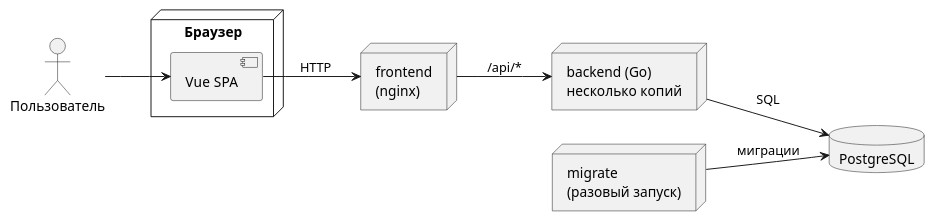
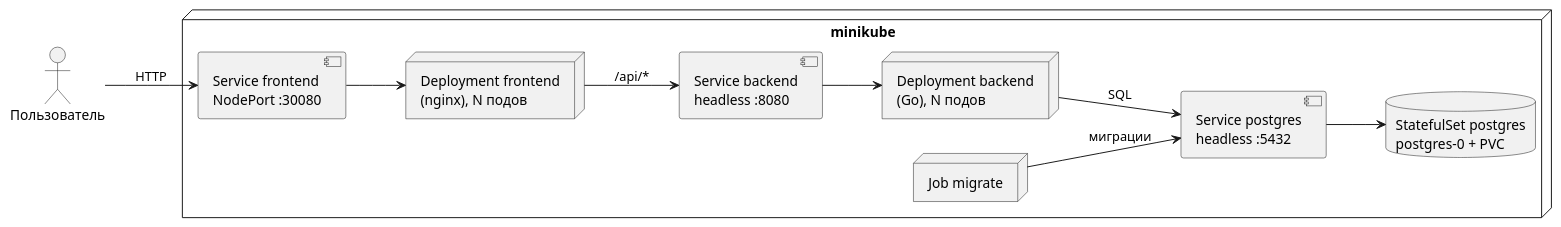
One commit to Victor3563/worddeck changed the diagram in Отчёт.md. Above: the diagram before and after it, drawn with PlantUML. The commit also changed other lines of this file and 11 other files, not shown here.

````diff
--- a/Отчёт.md
+++ b/Отчёт.md
@@ -38,20 +78,24 @@
 ```plantuml
 @startuml
 left to right direction
 
 actor "Пользователь" as user
-node "Браузер" {
-  component "Vue SPA" as spa
+node "minikube" {
+  component "Service frontend\nNodePort :30080" as svcf
+  node "Deployment frontend\n(nginx), N подов" as front
+  component "Service backend\nheadless :8080" as svcb
+  node "Deployment backend\n(Go), N подов" as back
+  component "Service postgres\nheadless :5432" as svcp
+  database "StatefulSet postgres\npostgres-0 + PVC" as db
+  node "Job migrate" as migrate
 }
-node "frontend\n(nginx)" as nginx
-node "backend (Go)\nнесколько копий" as backend
-node "migrate\n(разовый запуск)" as migrate
-database "PostgreSQL" as db
 
-user --> spa
-spa --> nginx : HTTP
-nginx --> backend : /api/*
-backend --> db : SQL
-migrate --> db : миграции
+user --> svcf : HTTP
+svcf --> front
+front --> svcb : /api/*
+svcb --> back
+back --> svcp : SQL
+migrate --> svcp : миграции
+svcp --> db
 @enduml
 ```
````
